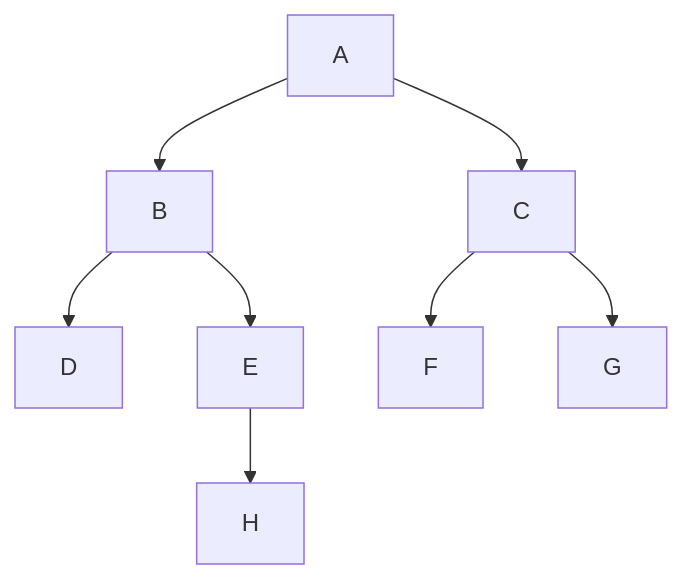
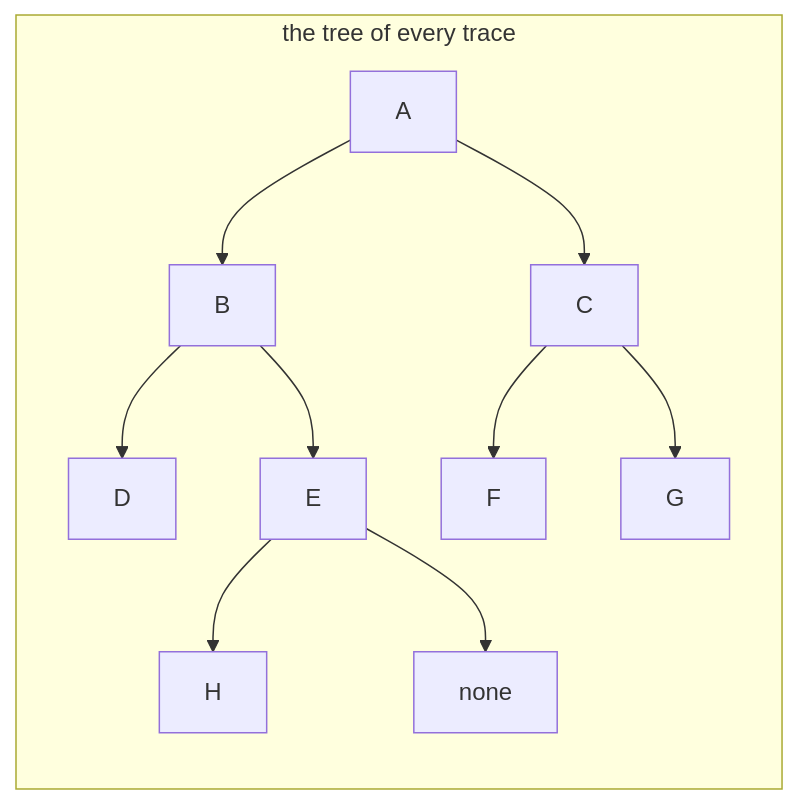
The diagram in guides/tree-traversals/guide.md (bkuberek/coding-study), drawn with Mermaid before and after one commit. The commit also changed other lines of this file and 27 other files, not shown here.

First line of the commit message:
fix(guides): keep tree drawings' children under their parents and cut two hints

````diff
--- a/guides/tree-traversals/guide.md
+++ b/guides/tree-traversals/guide.md
@@ -25,12 +25,16 @@
 ```mermaid
-flowchart TD
+flowchart LR
   accTitle: The tree used by every trace
-  accDescr: A is the root, with children B and C. B has children D and E. E has a single left child, H. C has children F and G. D, H, F and G are leaves.
-  A --> B
-  A --> C
-  B --> D
-  B --> E
-  E --> H
-  C --> F
-  C --> G
+  accDescr: A is the root, with children B and C. B has children D and E. E has a single left child, H, and a box marked none stands for its missing right child. C has children F and G. D, H, F and G are leaves.
+  subgraph tree["the tree of every trace"]
+    direction TB
+    A --> B
+    A --> C
+    B --> D
+    B --> E
+    E --> H
+    E --> e0["none"]
+    C --> F
+    C --> G
+  end
 ```
````
